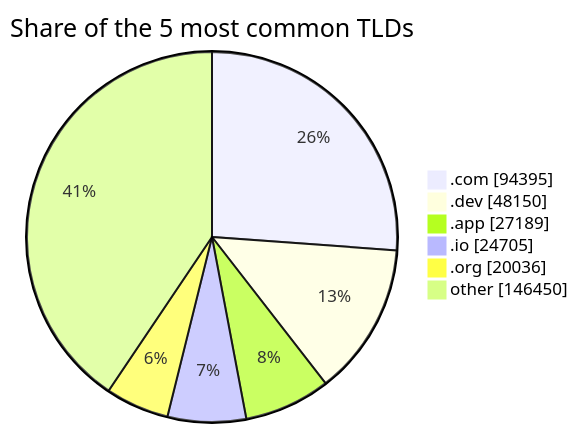
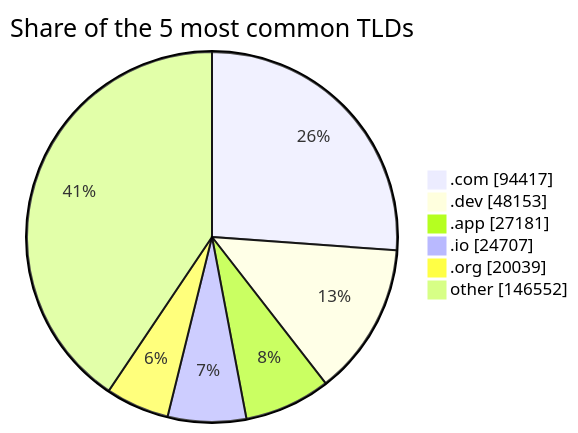
Before and after one commit to DNSBunker/CTI: the third of 3 diagrams in README.md, drawn with Mermaid. The commit also changed other lines of this file and 3 other files, not shown here.

````diff
--- a/README.md
+++ b/README.md
@@ -81,9 +81,9 @@
 ```mermaid
 pie showData title Share of the 5 most common TLDs
-    ".com" : 94395
-    ".dev" : 48150
-    ".app" : 27189
-    ".io" : 24705
-    ".org" : 20036
-    "other" : 146450
+    ".com" : 94417
+    ".dev" : 48153
+    ".app" : 27181
+    ".io" : 24707
+    ".org" : 20039
+    "other" : 146552
 ```
````
